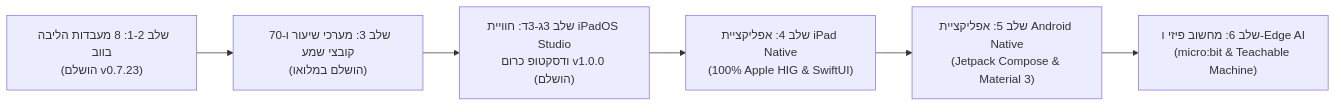
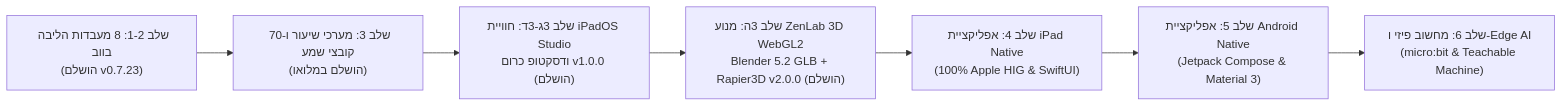
Before and after one commit to omerninyo/zenlab: the diagram in ROADMAP.he.md, drawn with Mermaid. The commit also changed other lines of this file and 20 other files, not shown here.

````diff
--- a/ROADMAP.he.md
+++ b/ROADMAP.he.md
@@ -13,8 +13,9 @@
 ```mermaid
 flowchart LR
     P1["שלב 1-2: 8 מעבדות הליבה בווב\n(הושלם v0.7.23)"] --> P3["שלב 3: מערכי שיעור ו-70 קובצי שמע\n(הושלם במלואו)"]
     P3 --> P3C["שלב 3ג-3ד: חוויית iPadOS Studio\nודסקטופ כרום v1.0.0 (הושלם)"]
-    P3C --> P4["שלב 4: אפליקציית iPad Native\n(100% Apple HIG & SwiftUI)"]
+    P3C --> P3E["שלב 3ה: מנוע ZenLab 3D WebGL2\nBlender 5.2 GLB + Rapier3D v2.0.0 (הושלם)"]
+    P3E --> P4["שלב 4: אפליקציית iPad Native\n(100% Apple HIG & SwiftUI)"]
     P4 --> P5["שלב 5: אפליקציית Android Native\n(Jetpack Compose & Material 3)"]
     P5 --> P6["שלב 6: מחשוב פיזי ו-Edge AI\n(micro:bit & Teachable Machine)"]
 ```
````
